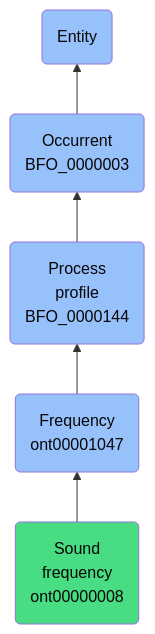
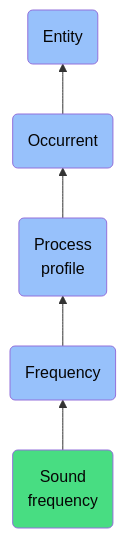
Before and after one commit to jupyter-naas/abi: the diagram in docs/ontology/reference/model/Entity/Occurrent/Process profile/Frequency/Sound frequency/Sound frequency.md, drawn with Mermaid. The commit also changed other lines of this file and 1430 other files, not shown here.

````diff
--- a/docs/ontology/reference/model/Entity/Occurrent/Process profile/Frequency/Sound frequency/Sound frequency.md
+++ b/docs/ontology/reference/model/Entity/Occurrent/Process profile/Frequency/Sound frequency/Sound frequency.md
@@ -24,12 +24,12 @@
 ```mermaid
 graph BT
-    ont00000008(Sound<br>frequency<br>ont00000008):::ABI-->ont00001047
-    ont00001047(Frequency<br>ont00001047):::BFO-->BFO_0000144
-    BFO_0000144(Process<br>profile<br>BFO_0000144):::BFO-->BFO_0000003
-    BFO_0000003(Occurrent<br>BFO_0000003):::BFO-->BFO_0000001
+    ont00000008(Sound<br>frequency):::ABI-->ont00001047
+    ont00001047(Frequency):::BFO-->BFO_0000144
+    BFO_0000144(Process<br>profile):::BFO-->BFO_0000003
+    BFO_0000003(Occurrent):::BFO-->BFO_0000001
     BFO_0000001(Entity):::BFO
     
     classDef BFO fill:#97c1fb,color:#060606
     classDef CCO fill:#e4c51e,color:#060606
     classDef ABI fill:#48DD82,color:#060606
 ```
````
